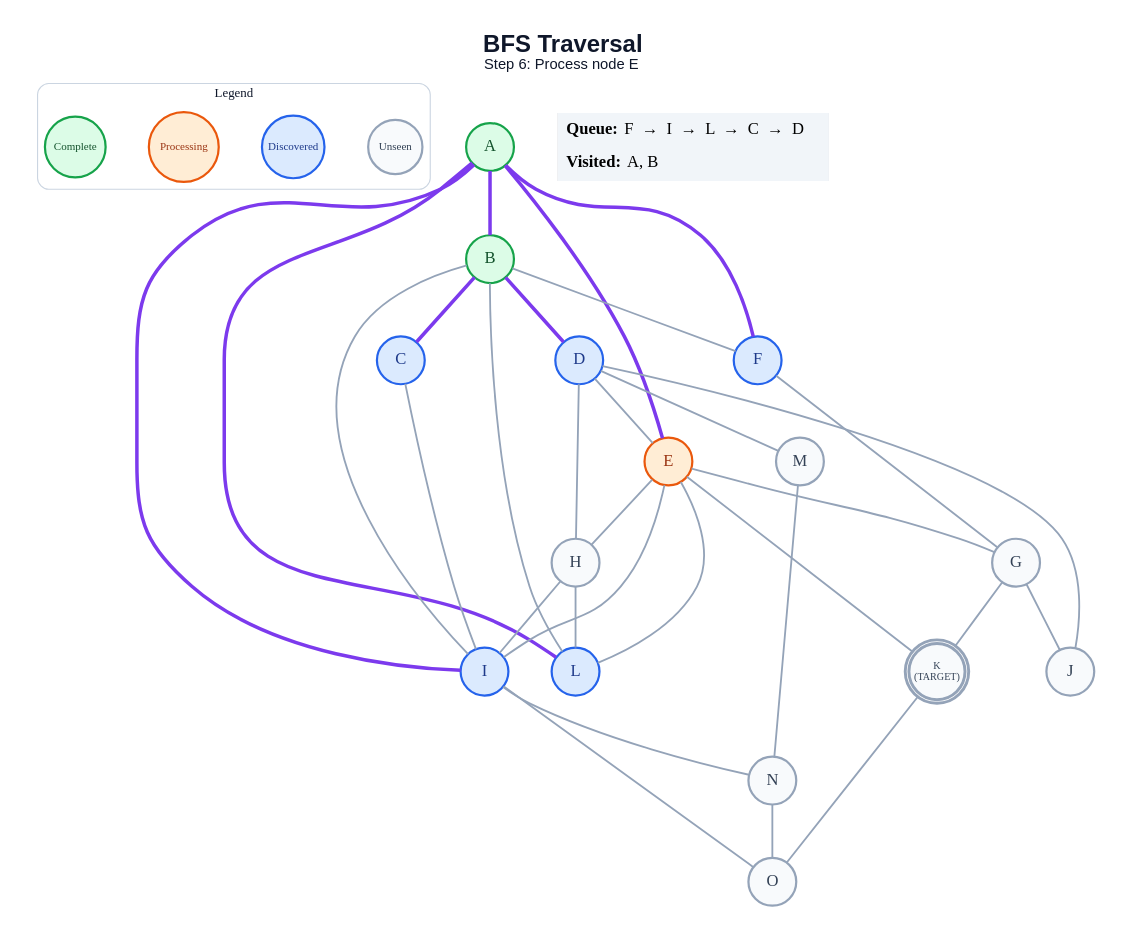
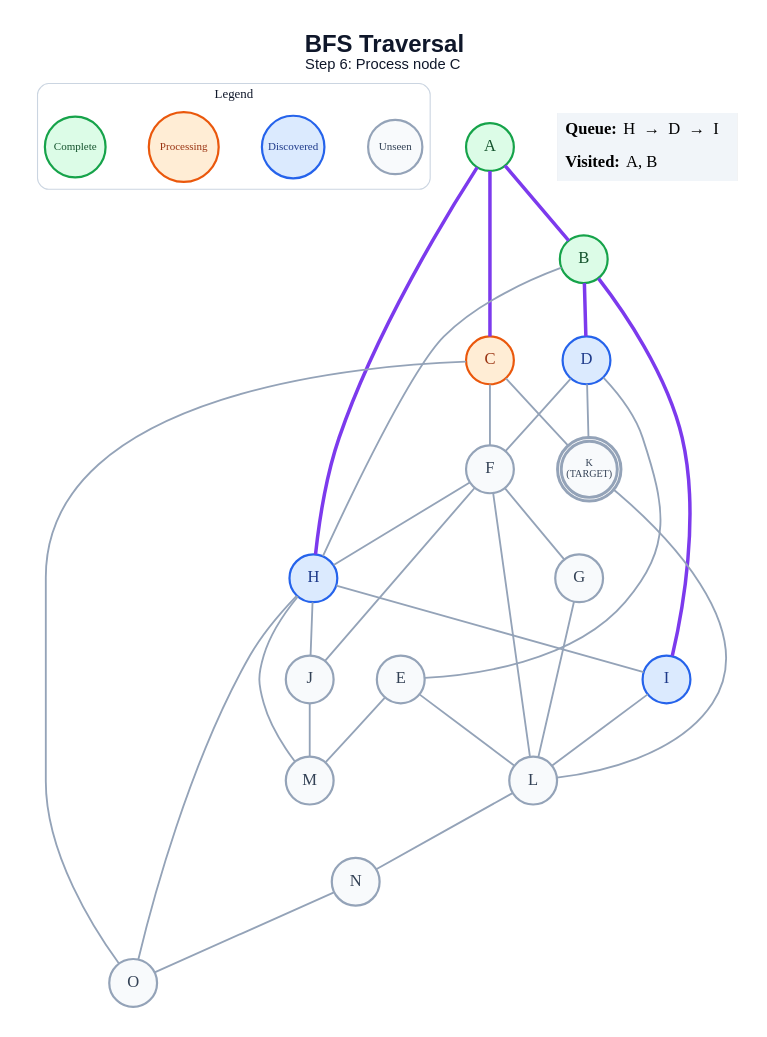
Before and after one commit to anon7238593-create/ai-slop: the diagram in generated/specific-node/bfs/step_06.dot, drawn with Graphviz. The commit also changed 265 other files, not shown here.

```diff
--- a/generated/specific-node/bfs/step_06.dot
+++ b/generated/specific-node/bfs/step_06.dot
@@ -1,64 +1,62 @@
 graph traversal {
   graph [layout=dot, rankdir=TB, bgcolor="#FFFFFF", pad="0.35", nodesep="0.65", ranksep="0.8", fontname="Arial"];
   node [shape=circle, style="filled", fontname="Arial Bold", fontsize=18, width=0.72, fixedsize=true, penwidth=2.4];
   edge [color="#94A3B8", penwidth=2.0];
-  label=<<B>BFS Traversal</B><BR/><FONT POINT-SIZE="16">Step 6: Process node E</FONT>>; labelloc="t"; fontsize=26; fontname="Arial"; fontcolor="#0F172A";
+  label=<<B>BFS Traversal</B><BR/><FONT POINT-SIZE="16">Step 6: Process node C</FONT>>; labelloc="t"; fontsize=26; fontname="Arial"; fontcolor="#0F172A";
   subgraph cluster_legend { label="Legend"; color="#CBD5E1"; penwidth=1.2; style="rounded"; fontsize=14; fontname="Arial Bold";
     key_unseen [label="Unseen", fillcolor="#F8FAFC", color="#94A3B8", fontcolor="#334155", fontsize=12, width=0.82];
     key_frontier [label="Discovered", fillcolor="#DBEAFE", color="#2563EB", fontcolor="#1E3A8A", fontsize=12, width=0.95];
     key_current [label="Processing", fillcolor="#FFEDD5", color="#EA580C", fontcolor="#9A3412", fontsize=12, width=1.05];
     key_done [label="Complete", fillcolor="#DCFCE7", color="#16A34A", fontcolor="#14532D", fontsize=12, width=0.92];
     { rank=same; key_unseen; key_frontier; key_current; key_done; }
   }
   A [label="A", fillcolor="#DCFCE7", color="#16A34A", fontcolor="#14532D", peripheries=1, penwidth=2.4];
   B [label="B", fillcolor="#DCFCE7", color="#16A34A", fontcolor="#14532D", peripheries=1, penwidth=2.4];
-  C [label="C", fillcolor="#DBEAFE", color="#2563EB", fontcolor="#1E3A8A", peripheries=1, penwidth=2.4];
+  C [label="C", fillcolor="#FFEDD5", color="#EA580C", fontcolor="#9A3412", peripheries=1, penwidth=2.4];
   D [label="D", fillcolor="#DBEAFE", color="#2563EB", fontcolor="#1E3A8A", peripheries=1, penwidth=2.4];
-  E [label="E", fillcolor="#FFEDD5", color="#EA580C", fontcolor="#9A3412", peripheries=1, penwidth=2.4];
-  F [label="F", fillcolor="#DBEAFE", color="#2563EB", fontcolor="#1E3A8A", peripheries=1, penwidth=2.4];
+  E [label="E", fillcolor="#F8FAFC", color="#94A3B8", fontcolor="#334155", peripheries=1, penwidth=2.4];
+  F [label="F", fillcolor="#F8FAFC", color="#94A3B8", fontcolor="#334155", peripheries=1, penwidth=2.4];
   G [label="G", fillcolor="#F8FAFC", color="#94A3B8", fontcolor="#334155", peripheries=1, penwidth=2.4];
-  H [label="H", fillcolor="#F8FAFC", color="#94A3B8", fontcolor="#334155", peripheries=1, penwidth=2.4];
+  H [label="H", fillcolor="#DBEAFE", color="#2563EB", fontcolor="#1E3A8A", peripheries=1, penwidth=2.4];
   I [label="I", fillcolor="#DBEAFE", color="#2563EB", fontcolor="#1E3A8A", peripheries=1, penwidth=2.4];
   J [label="J", fillcolor="#F8FAFC", color="#94A3B8", fontcolor="#334155", peripheries=1, penwidth=2.4];
   K [label="K\n(TARGET)", fillcolor="#F8FAFC", color="#94A3B8", fontcolor="#334155", peripheries=2, penwidth=3.2, fontsize=11, width=0.85, height=0.85];
-  L [label="L", fillcolor="#DBEAFE", color="#2563EB", fontcolor="#1E3A8A", peripheries=1, penwidth=2.4];
+  L [label="L", fillcolor="#F8FAFC", color="#94A3B8", fontcolor="#334155", peripheries=1, penwidth=2.4];
   M [label="M", fillcolor="#F8FAFC", color="#94A3B8", fontcolor="#334155", peripheries=1, penwidth=2.4];
   N [label="N", fillcolor="#F8FAFC", color="#94A3B8", fontcolor="#334155", peripheries=1, penwidth=2.4];
   O [label="O", fillcolor="#F8FAFC", color="#94A3B8", fontcolor="#334155", peripheries=1, penwidth=2.4];
   A -- B [color="#7C3AED", penwidth=3.8];
-  A -- E [color="#7C3AED", penwidth=3.8];
-  A -- F [color="#7C3AED", penwidth=3.8];
-  A -- I [color="#7C3AED", penwidth=3.8];
-  A -- L [color="#7C3AED", penwidth=3.8];
-  B -- C [color="#7C3AED", penwidth=3.8];
+  A -- C [color="#7C3AED", penwidth=3.8];
+  A -- H [color="#7C3AED", penwidth=3.8];
   B -- D [color="#7C3AED", penwidth=3.8];
-  B -- F;
-  B -- I;
-  B -- L;
-  C -- I;
+  B -- H;
+  B -- I [color="#7C3AED", penwidth=3.8];
+  C -- F;
+  C -- K;
+  C -- O;
   D -- E;
-  D -- H;
-  D -- J;
-  D -- M;
-  E -- G;
-  E -- H;
-  E -- I;
-  E -- K;
+  D -- F;
+  D -- K;
   E -- L;
+  E -- M;
   F -- G;
-  G -- J;
-  G -- K;
+  F -- H;
+  F -- J;
+  F -- L;
+  G -- L;
   H -- I;
-  H -- L;
-  I -- N;
-  I -- O;
-  K -- O;
-  M -- N;
+  H -- J;
+  H -- M;
+  H -- O;
+  I -- L;
+  J -- M;
+  K -- L;
+  L -- N;
   N -- O;
   status [shape=plain, fixedsize=false, width=0, height=0, margin=0, label=<
     <TABLE BORDER="0" CELLBORDER="0" CELLPADDING="7" BGCOLOR="#F1F5F9">
-      <TR><TD ALIGN="LEFT"><B>Queue:</B> F  →  I  →  L  →  C  →  D</TD></TR>
+      <TR><TD ALIGN="LEFT"><B>Queue:</B> H  →  D  →  I</TD></TR>
       <TR><TD ALIGN="LEFT"><B>Visited:</B> A, B</TD></TR>
     </TABLE>
   >];
 }
```
